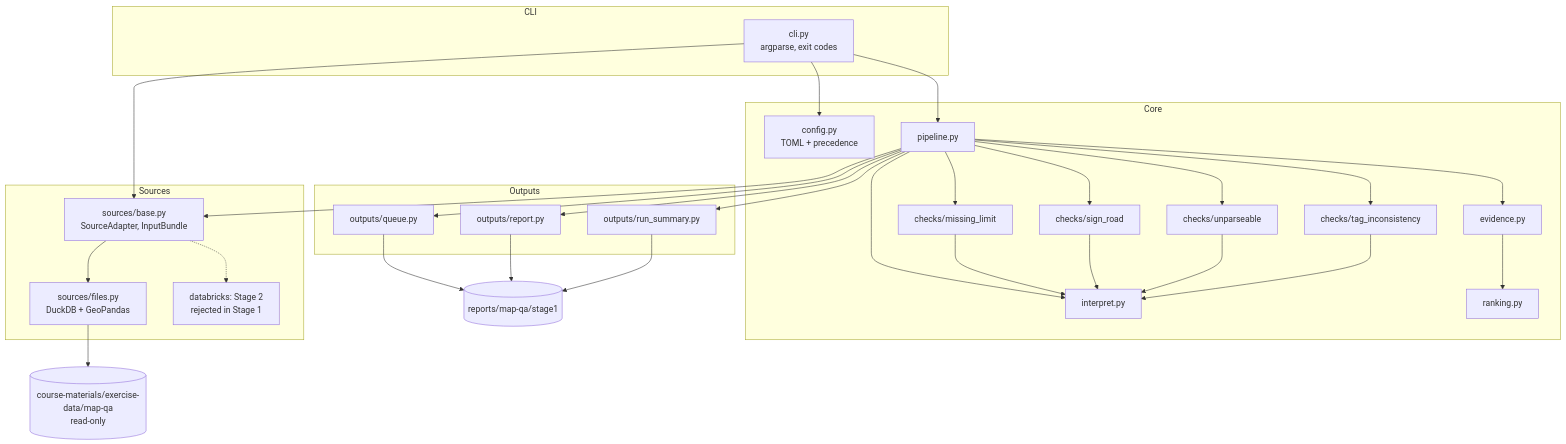
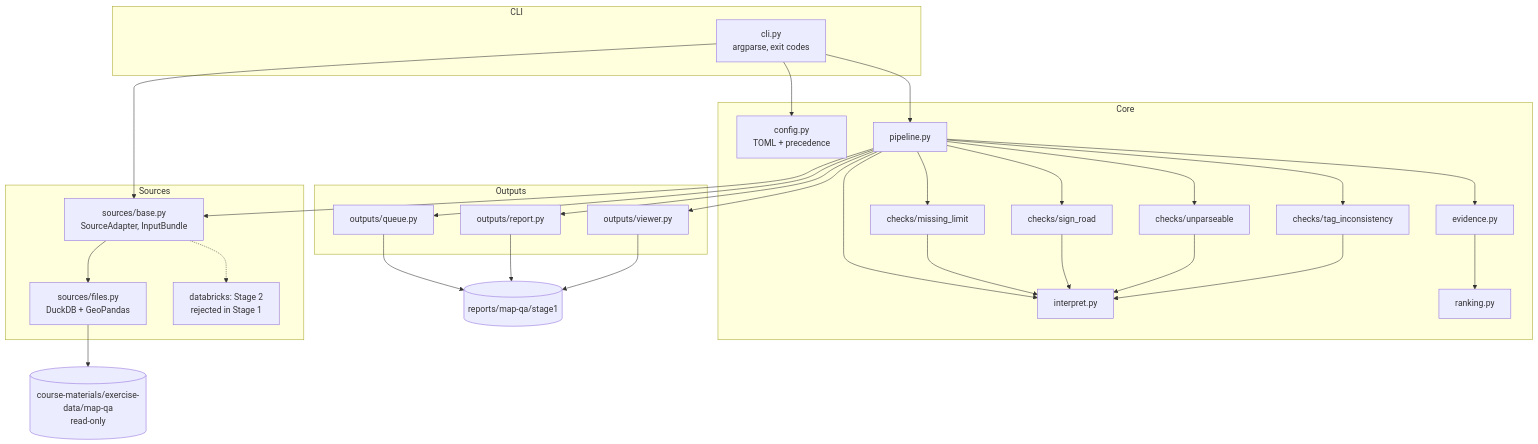
One commit to monikabialobrzeska/szkolenie_dodatkowe changed the first of 6 diagrams in docs/ADR/000-main-architecture.md. Above: the diagram before and after it, drawn with Mermaid. The commit also changed other lines of this file and 8 other files, not shown here.

````diff
--- a/docs/ADR/000-main-architecture.md
+++ b/docs/ADR/000-main-architecture.md
@@ -315,43 +317,43 @@
 ```mermaid
 flowchart TB
     subgraph CLI
         cli[cli.py<br/>argparse, exit codes]
     end
     subgraph Core
         cfg[config.py<br/>TOML + precedence]
         pipe[pipeline.py]
         interp[interpret.py]
         ml[checks/missing_limit]
         sr[checks/sign_road]
         up[checks/unparseable]
         ti[checks/tag_inconsistency]
         ev[evidence.py]
         rk[ranking.py]
     end
     subgraph Sources
         base[sources/base.py<br/>SourceAdapter, InputBundle]
         files[sources/files.py<br/>DuckDB + GeoPandas]
         dbx[databricks: Stage 2<br/>rejected in Stage 1]
     end
     subgraph Outputs
         q[outputs/queue.py]
         rep[outputs/report.py]
-        rs[outputs/run_summary.py]
+        vw[outputs/viewer.py]
     end
     data[(course-materials/exercise-data/map-qa<br/>read-only)]
     out[(reports/map-qa/stage1)]
 
     cli --> cfg
     cli --> pipe
     cli --> base
     pipe --> base
     base --> files
     base -.-> dbx
     files --> data
     pipe --> interp
     pipe --> ml & sr & up & ti
     ml & sr & up & ti --> interp
     pipe --> ev --> rk
-    pipe --> q & rep & rs
-    q & rep & rs --> out
+    pipe --> q & rep & vw
+    q & rep & vw --> out
 ```
````
